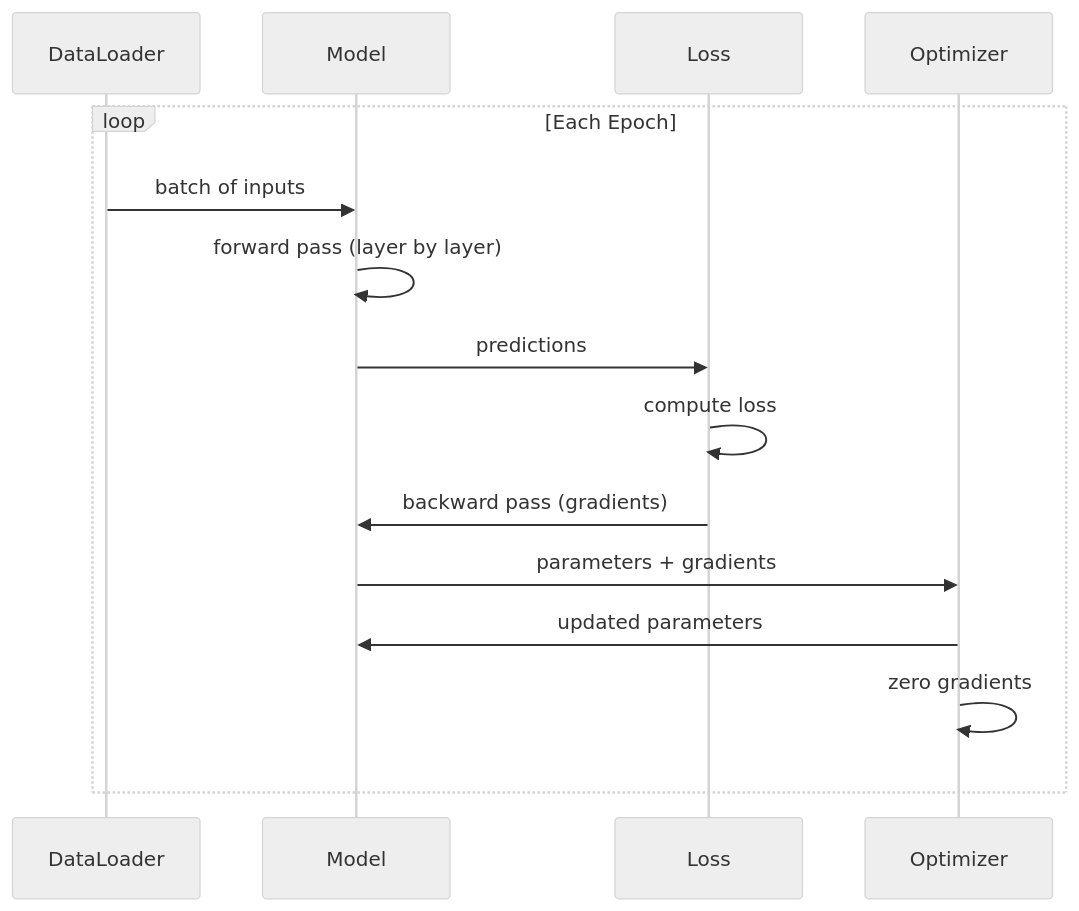
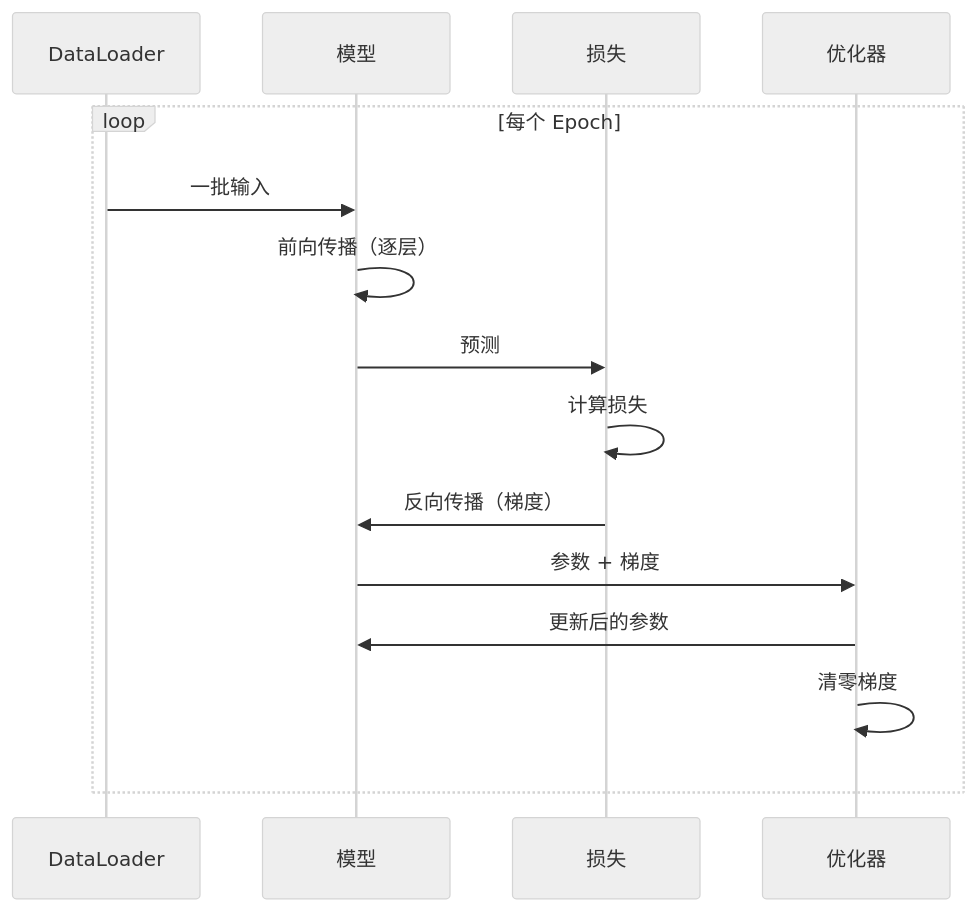
The second of 3 diagrams in phases/03-deep-learning-core/10-mini-framework/docs/zh.md (alessandrodinisio-ai/ai-engineering-learning-framework), drawn with Mermaid (neutral theme) before and after one commit. The commit also changed other lines of this file and 120 other files, not shown here.

First line of the commit message:
i18n(mermaid): 337 个 mermaid 图表标签中文化

````diff
--- a/phases/03-deep-learning-core/10-mini-framework/docs/zh.md
+++ b/phases/03-deep-learning-core/10-mini-framework/docs/zh.md
@@ -94,18 +94,18 @@
 ```mermaid
 sequenceDiagram
     participant DL as DataLoader
-    participant M as Model
-    participant L as Loss
-    participant O as Optimizer
+    participant M as 模型
+    participant L as 损失
+    participant O as 优化器
 
-    loop Each Epoch
-        DL->>M: batch of inputs
-        M->>M: forward pass (layer by layer)
-        M->>L: predictions
-        L->>L: compute loss
-        L->>M: backward pass (gradients)
-        M->>O: parameters + gradients
-        O->>M: updated parameters
-        O->>O: zero gradients
+    loop 每个 Epoch
+        DL->>M: 一批输入
+        M->>M: 前向传播（逐层）
+        M->>L: 预测
+        L->>L: 计算损失
+        L->>M: 反向传播（梯度）
+        M->>O: 参数 + 梯度
+        O->>M: 更新后的参数
+        O->>O: 清零梯度
     end
 ```
````
